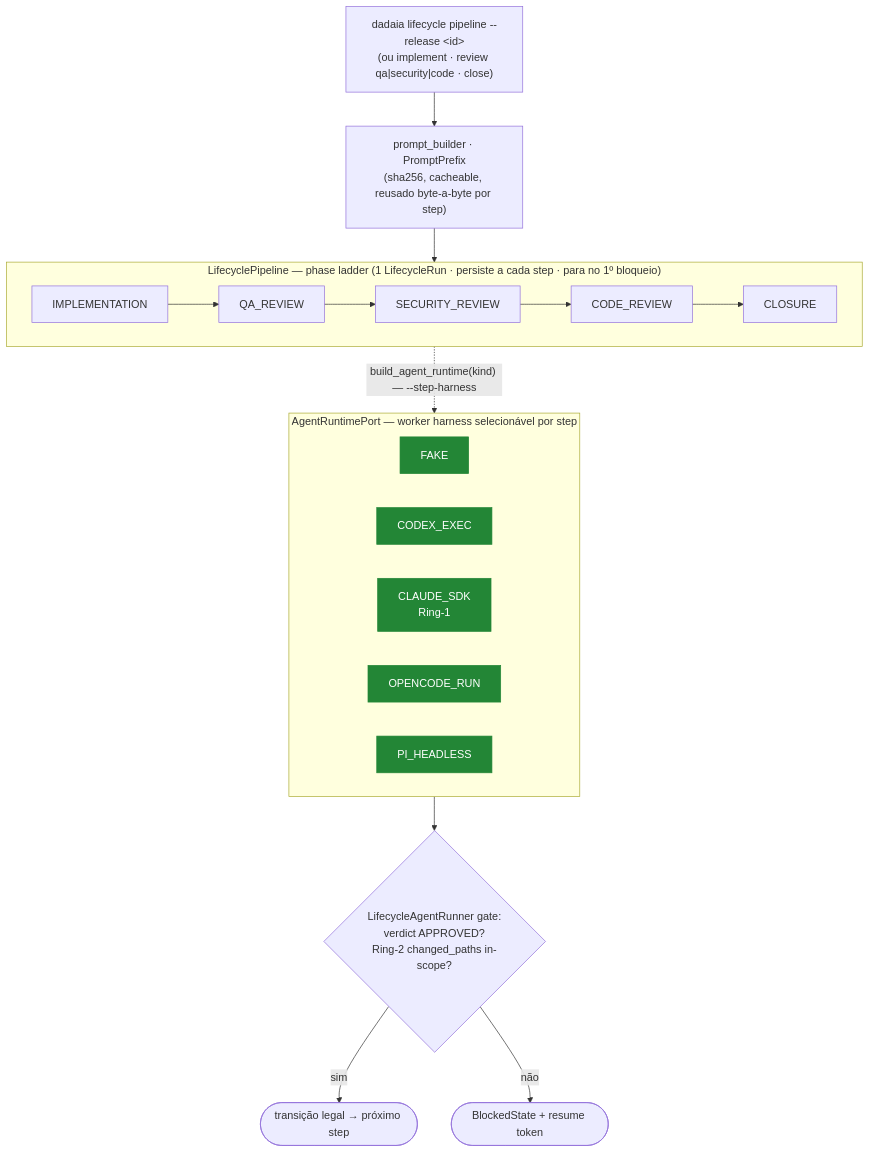
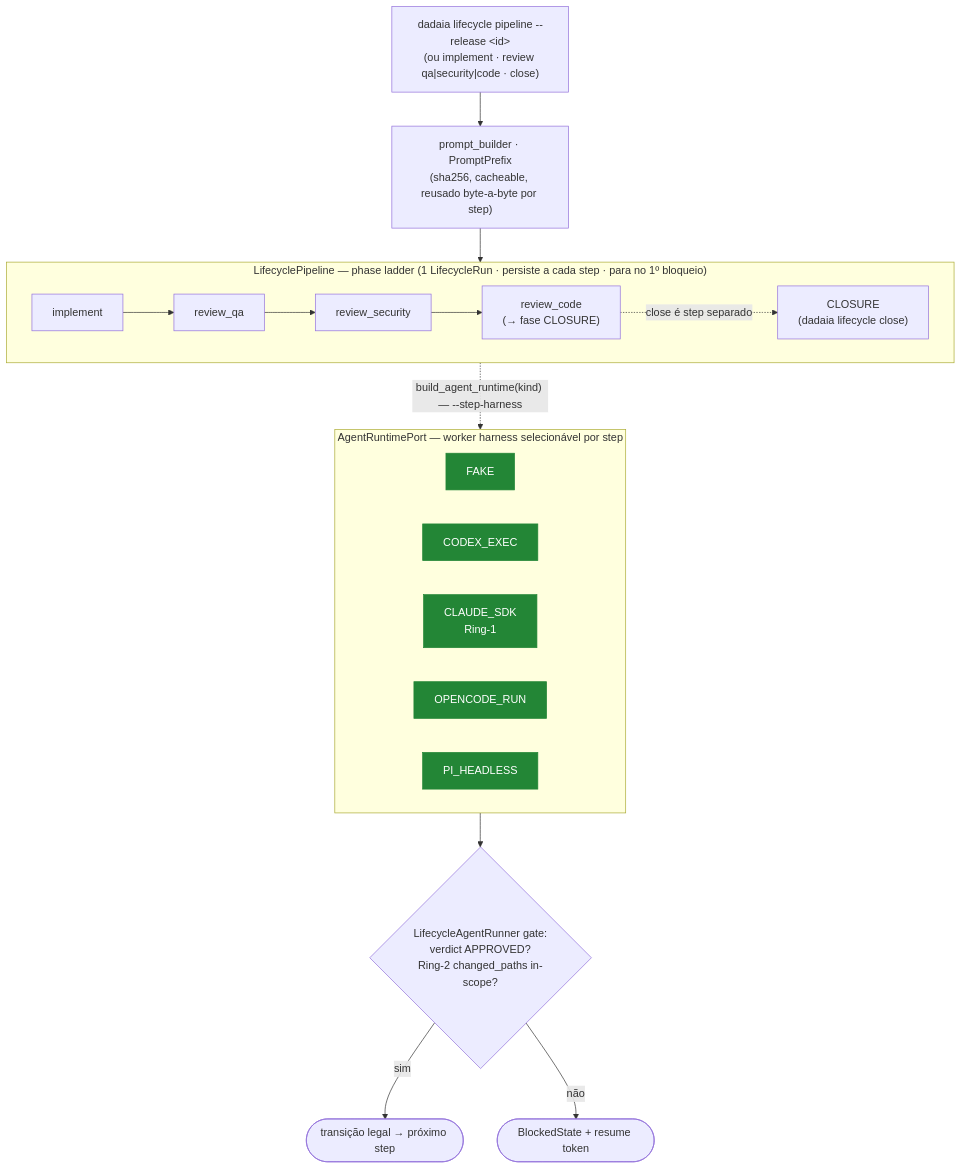
One commit to marcoaureliomenezes/dadaia-workspace changed the diagram in specs/memory/product/sdd/lifecycle-foundation.md. Above: the diagram before and after it, drawn with Mermaid. The commit also changed 8 other files, not shown here.

First line of the commit message:
fix(v0.1.19): address code-review findings — eliminate deeper pre-existing drift

````diff
--- a/specs/memory/product/sdd/lifecycle-foundation.md
+++ b/specs/memory/product/sdd/lifecycle-foundation.md
@@ -39,23 +39,24 @@
 ```mermaid
 flowchart TB
     OP["dadaia lifecycle pipeline --release &lt;id&gt;<br/>(ou implement · review qa|security|code · close)"]
     OP --> PB["prompt_builder · PromptPrefix<br/>(sha256, cacheable, reusado byte-a-byte por step)"]
     PB --> LAD
     subgraph LAD["LifecyclePipeline — phase ladder (1 LifecycleRun · persiste a cada step · para no 1º bloqueio)"]
         direction LR
-        I["IMPLEMENTATION"] --> Q["QA_REVIEW"] --> S["SECURITY_REVIEW"] --> C["CODE_REVIEW"] --> CLp["CLOSURE"]
+        I["implement"] --> Q["review_qa"] --> S["review_security"] --> C["review_code<br/>(→ fase CLOSURE)"]
+        C -.->|"close é step separado"| CLp["CLOSURE<br/>(dadaia lifecycle close)"]
     end
     LAD -.->|"build_agent_runtime(kind) — --step-harness"| RT
     subgraph RT["AgentRuntimePort — worker harness selecionável por step"]
         direction LR
         FK["FAKE"]:::w
         CXk["CODEX_EXEC"]:::w
         CLk["CLAUDE_SDK<br/>Ring-1"]:::w
         OCk["OPENCODE_RUN"]:::w
         PIk["PI_HEADLESS"]:::w
     end
     RT --> GATE{"LifecycleAgentRunner gate:<br/>verdict APPROVED?<br/>Ring-2 changed_paths in-scope?"}
     GATE -->|sim| NEXT(["transição legal → próximo step"])
     GATE -->|não| BLK(["BlockedState + resume token"])
     classDef w fill:#238636,color:#fff,stroke:#238636;
 ```
````
